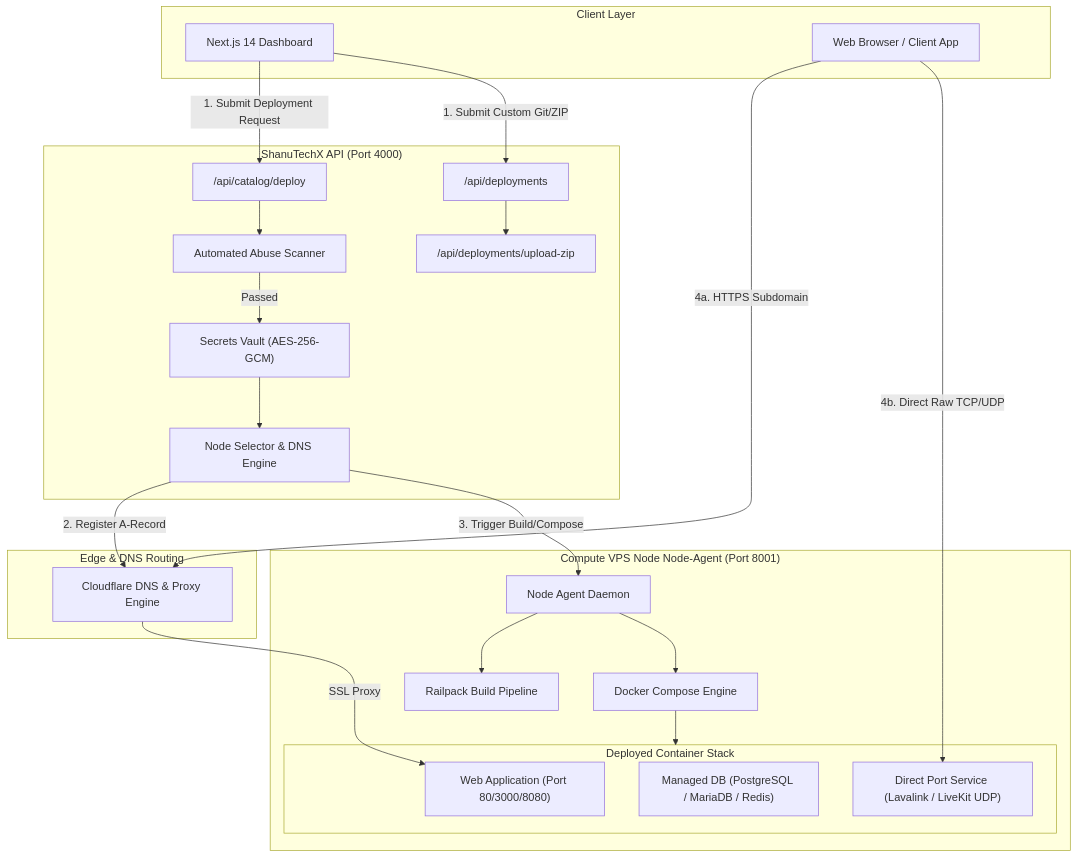
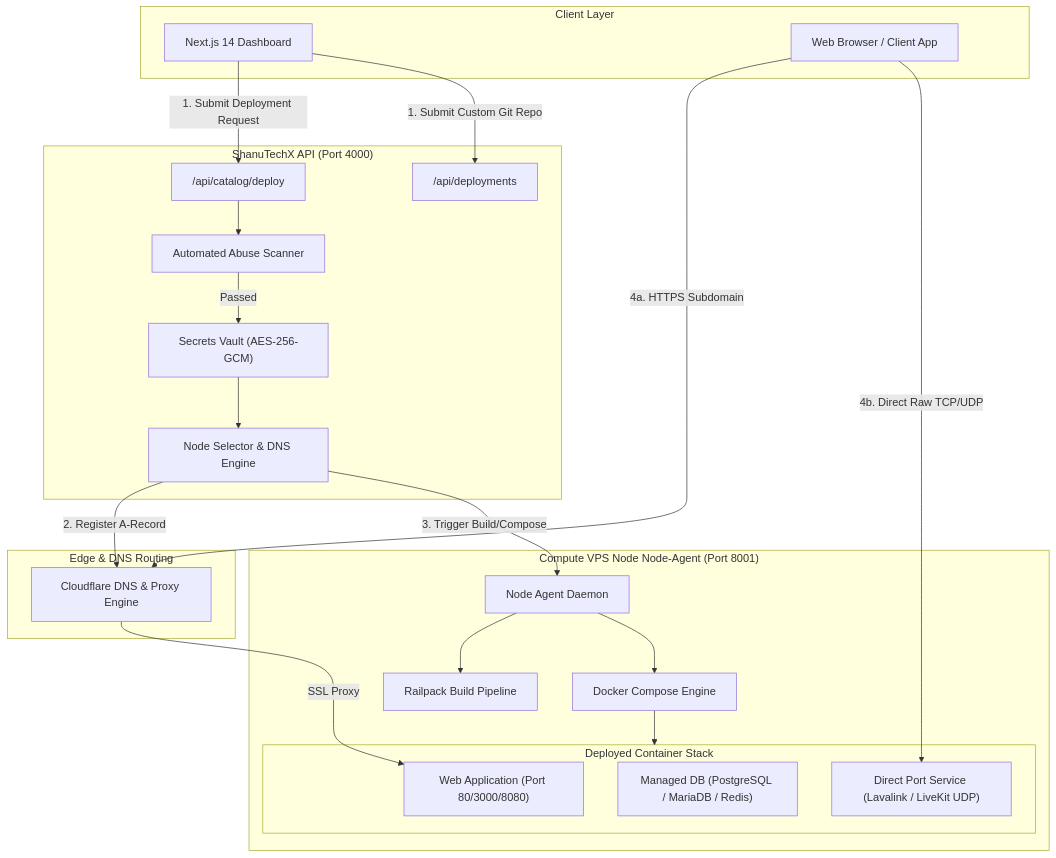
One commit to ShanudhaTirosh/Shanutechx-hostingplatfrom changed the first of 4 diagrams in docs/deployment_architecture_visualized.md. Above: the diagram before and after it, drawn with Mermaid. The commit also changed 59 other files, not shown here.

````diff
--- a/docs/deployment_architecture_visualized.md
+++ b/docs/deployment_architecture_visualized.md
@@ -10,47 +10,45 @@
 ```mermaid
 flowchart TD
     subgraph Client ["Client Layer"]
         UserDashboard["Next.js 14 Dashboard"]
         ClientBrowser["Web Browser / Client App"]
     end
 
     subgraph ControlPlane ["ShanuTechX API (Port 4000)"]
         CatalogRoute["/api/catalog/deploy"]
         DeployRoute["/api/deployments"]
-        ZipRoute["/api/deployments/upload-zip"]
         AbuseScanner["Automated Abuse Scanner"]
         SecretsVault["Secrets Vault (AES-256-GCM)"]
         NodeSelector["Node Selector & DNS Engine"]
     end
 
     subgraph DNSLayer ["Edge & DNS Routing"]
         CloudflareDNS["Cloudflare DNS & Proxy Engine"]
     end
 
     subgraph NodeLayer ["Compute VPS Node Node-Agent (Port 8001)"]
         NodeAgent["Node Agent Daemon"]
         Railpack["Railpack Build Pipeline"]
         DockerCompose["Docker Compose Engine"]
         
         subgraph Containers ["Deployed Container Stack"]
             WebApp["Web Application (Port 80/3000/8080)"]
             ManagedDB["Managed DB (PostgreSQL / MariaDB / Redis)"]
             DirectPortApp["Direct Port Service (Lavalink / LiveKit UDP)"]
         end
     end
 
     UserDashboard -->|1. Submit Deployment Request| CatalogRoute
-    UserDashboard -->|1. Submit Custom Git/ZIP| DeployRoute
-    DeployRoute --> ZipRoute
+    UserDashboard -->|1. Submit Custom Git Repo| DeployRoute
     CatalogRoute --> AbuseScanner
     AbuseScanner -->|Passed| SecretsVault
     SecretsVault --> NodeSelector
     NodeSelector -->|2. Register A-Record| CloudflareDNS
     NodeSelector -->|3. Trigger Build/Compose| NodeAgent
     NodeAgent --> Railpack
     NodeAgent --> DockerCompose
     DockerCompose --> Containers
     ClientBrowser -->|4a. HTTPS Subdomain| CloudflareDNS
     CloudflareDNS -->|SSL Proxy| WebApp
     ClientBrowser -->|4b. Direct Raw TCP/UDP| DirectPortApp
 ```
````
